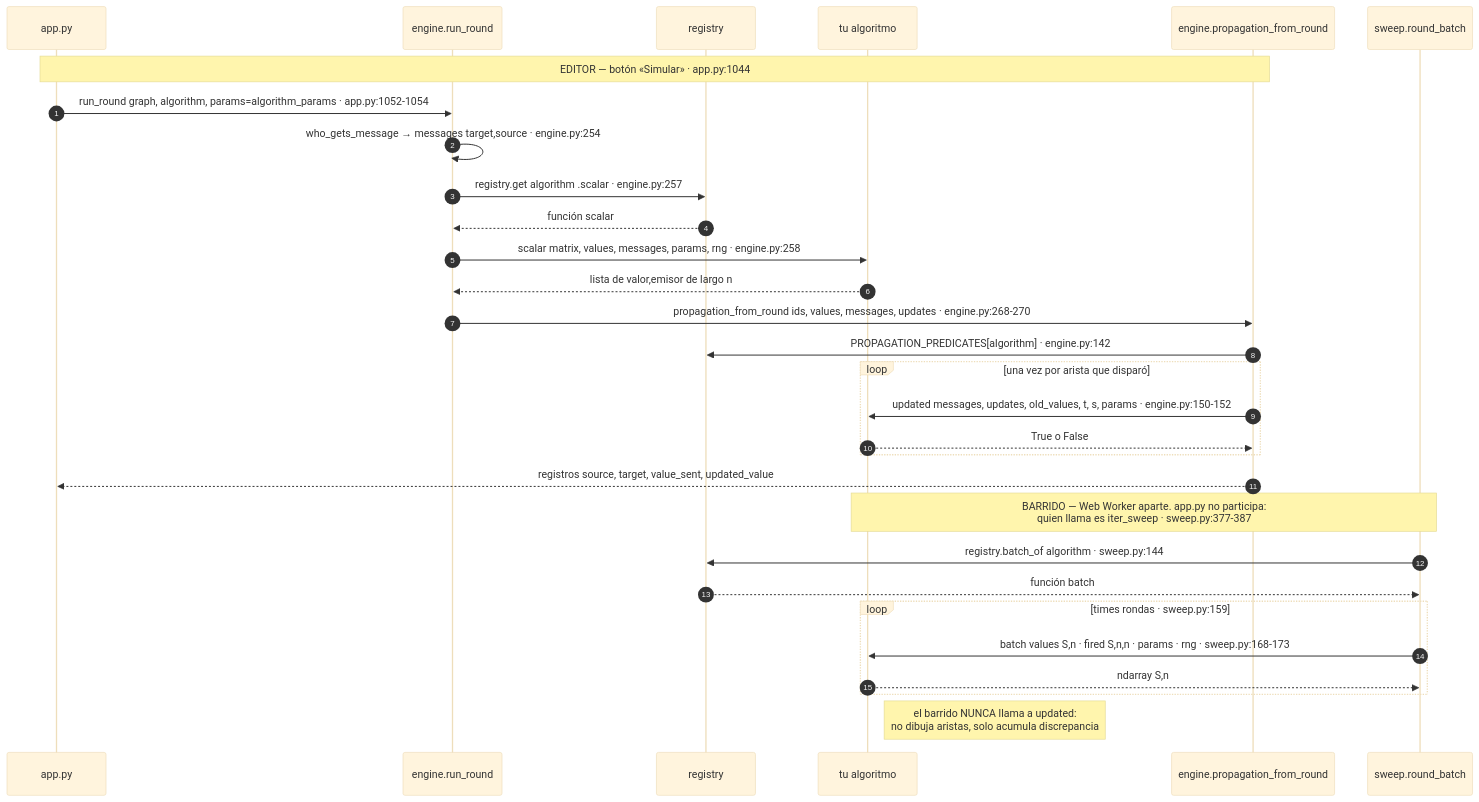
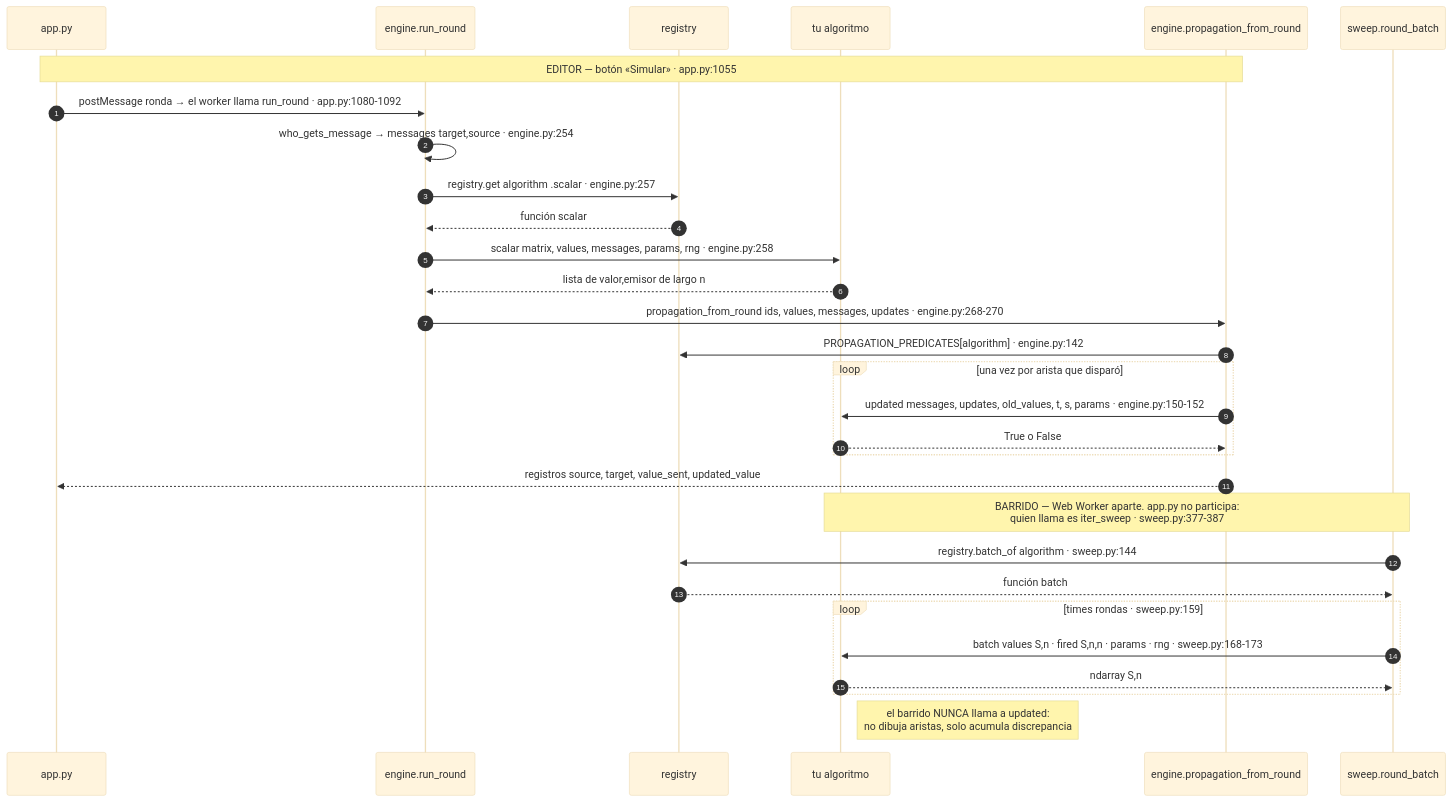
Before and after one commit to Rou-uu/consenso-simulador: the third of 7 diagrams in docs/06-registro-algoritmos.md, drawn with Mermaid (base theme). The commit also changed other lines of this file and 14 other files, not shown here.

````diff
--- a/docs/06-registro-algoritmos.md
+++ b/docs/06-registro-algoritmos.md
@@ -344,34 +344,34 @@
 ```mermaid
 sequenceDiagram
     autonumber
     participant UI as app.py
     participant ENG as engine.run_round
     participant REG as registry
     participant ALG as tu algoritmo
     participant PROP as engine.propagation_from_round
     participant SWP as sweep.round_batch
 
-    Note over UI,PROP: EDITOR — botón «Simular» · app.py:1044
-    UI->>ENG: run_round graph, algorithm, params=algorithm_params · app.py:1052-1054
+    Note over UI,PROP: EDITOR — botón «Simular» · app.py:1055
+    UI->>ENG: postMessage ronda → el worker llama run_round · app.py:1080-1092
     ENG->>ENG: who_gets_message → messages target,source · engine.py:254
     ENG->>REG: registry.get algorithm .scalar · engine.py:257
     REG-->>ENG: función scalar
     ENG->>ALG: scalar matrix, values, messages, params, rng · engine.py:258
     ALG-->>ENG: lista de valor,emisor de largo n
     ENG->>PROP: propagation_from_round ids, values, messages, updates · engine.py:268-270
     PROP->>REG: PROPAGATION_PREDICATES[algorithm] · engine.py:142
     loop una vez por arista que disparó
         PROP->>ALG: updated messages, updates, old_values, t, s, params · engine.py:150-152
         ALG-->>PROP: True o False
     end
     PROP-->>UI: registros source, target, value_sent, updated_value
 
     Note over SWP,ALG: BARRIDO — Web Worker aparte. app.py no participa:<br/>quien llama es iter_sweep · sweep.py:377-387
     SWP->>REG: registry.batch_of algorithm · sweep.py:144
     REG-->>SWP: función batch
     loop times rondas · sweep.py:159
         SWP->>ALG: batch values S,n · fired S,n,n · params · rng · sweep.py:168-173
         ALG-->>SWP: ndarray S,n
     end
     Note right of ALG: el barrido NUNCA llama a updated:<br/>no dibuja aristas, solo acumula discrepancia
 ```
````
